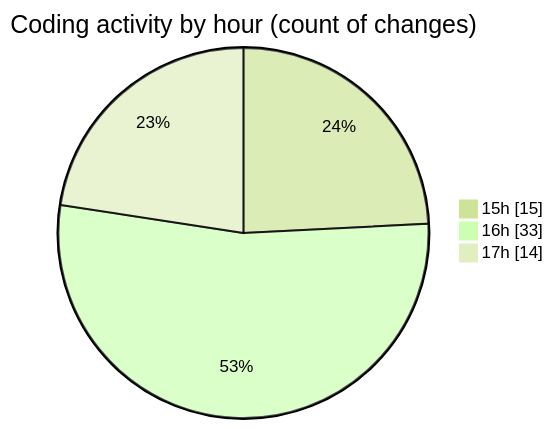
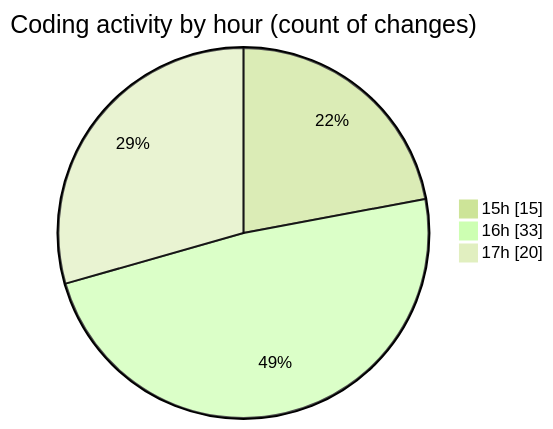
One commit to donsfak/code-tracking changed the second of 2 diagrams in 2025-02-25/trackers_app/README.md. Above: the diagram before and after it, drawn with Mermaid (forest theme). The commit also changed other lines of this file and 1 other file, not shown here.

````diff
--- a/2025-02-25/trackers_app/README.md
+++ b/2025-02-25/trackers_app/README.md
@@ -35,7 +38,7 @@
 ```mermaid
 pie showData
 title Coding activity by hour (count of changes)
 "15h" : 15
 "16h" : 33
-"17h" : 14
+"17h" : 20
 ```
````
